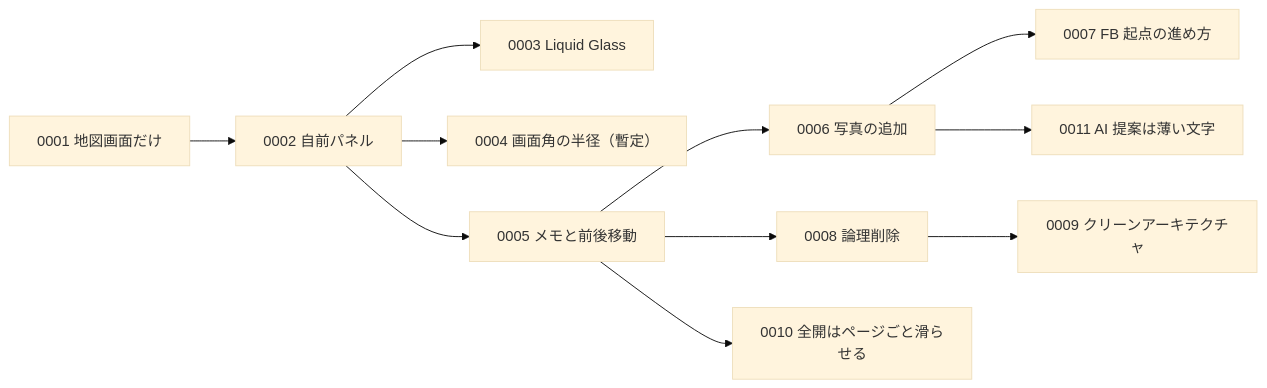
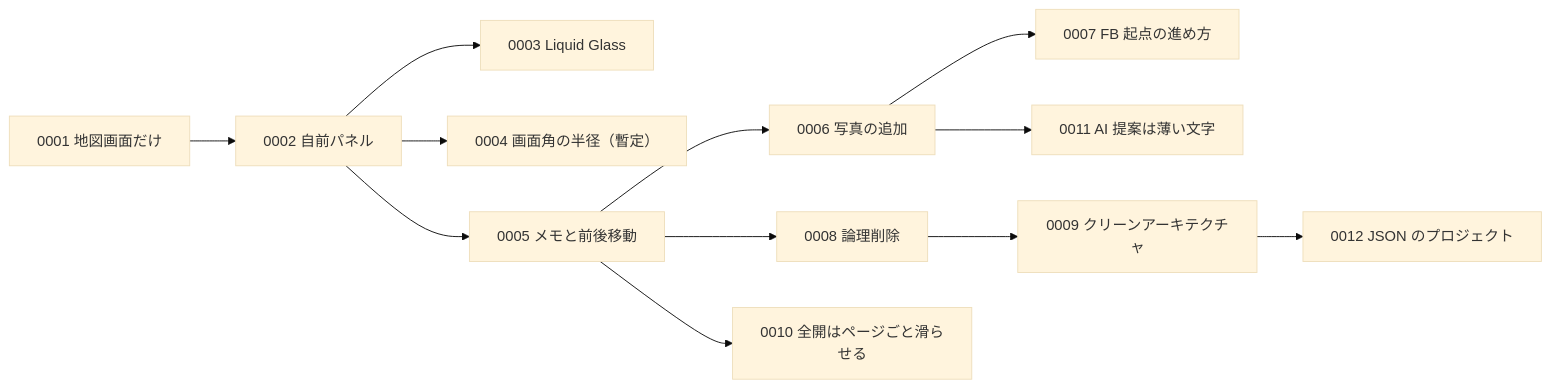
The diagram in docs/adr/README.md (akidon0000/tabi-memo), drawn with Mermaid (base theme) before and after one commit. The commit also changed other lines of this file and 17 other files, not shown here.

````diff
--- a/docs/adr/README.md
+++ b/docs/adr/README.md
@@ -42,13 +43,14 @@
 ```mermaid
 flowchart LR
     0001["0001 地図画面だけ"] --> 0002["0002 自前パネル"]
     0002 --> 0003["0003 Liquid Glass"]
     0002 --> 0004["0004 画面角の半径（暫定）"]
     0002 --> 0005["0005 メモと前後移動"]
     0005 --> 0006["0006 写真の追加"]
     0006 --> 0007["0007 FB 起点の進め方"]
     0005 --> 0008["0008 論理削除"]
     0008 --> 0009["0009 クリーンアーキテクチャ"]
     0005 --> 0010["0010 全開はページごと滑らせる"]
     0006 --> 0011["0011 AI 提案は薄い文字"]
+    0009 --> 0012["0012 JSON のプロジェクト"]
 ```
````
